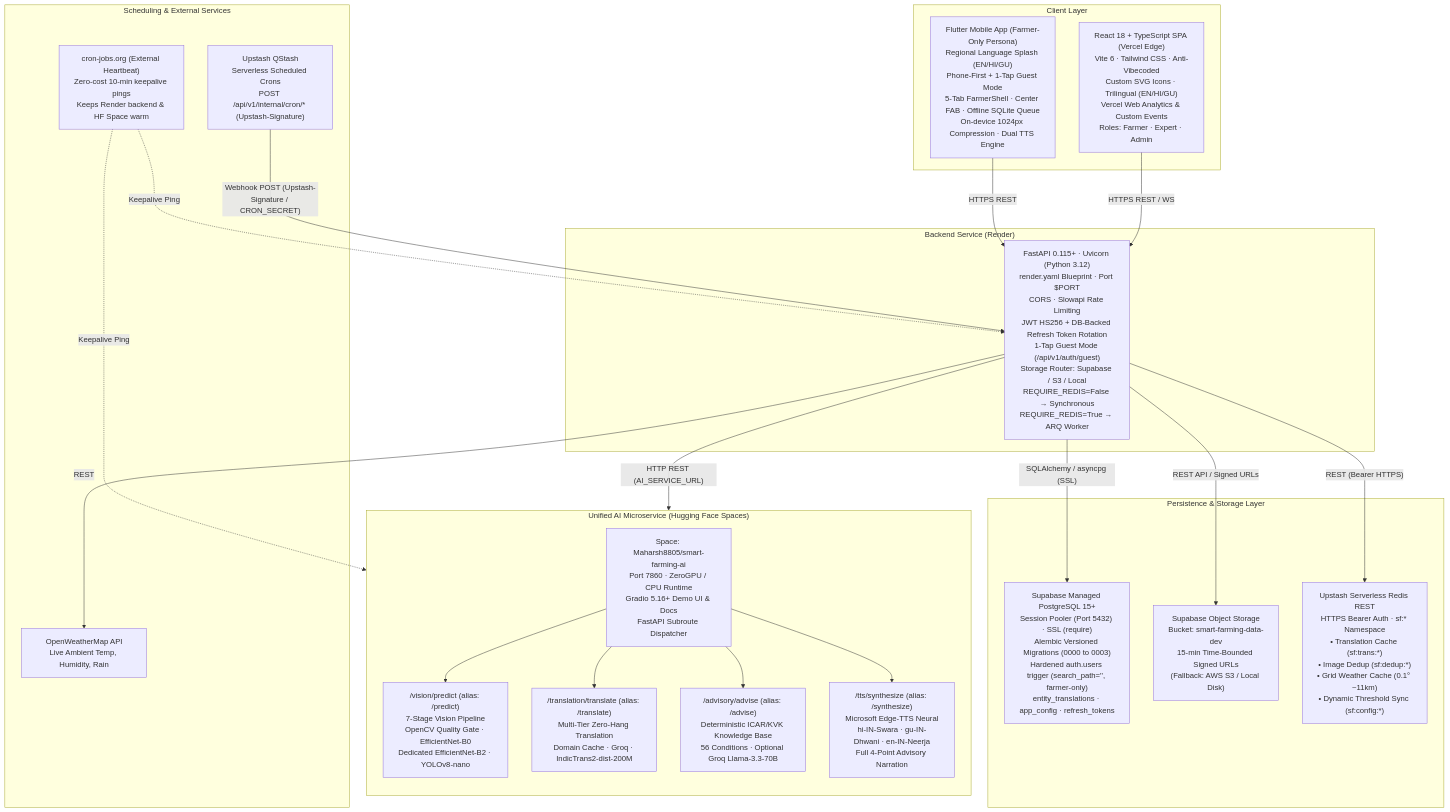
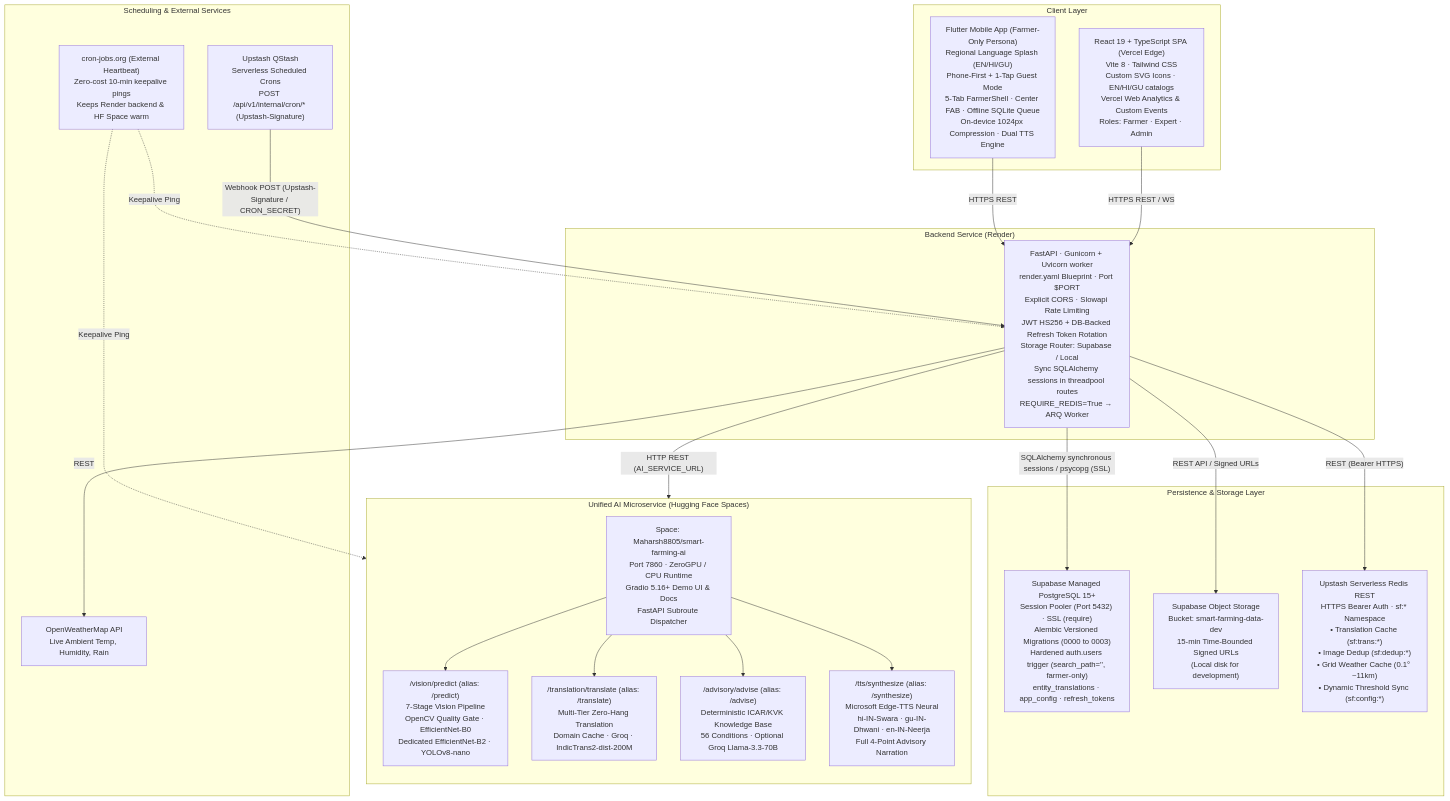
The first of 7 diagrams in Docs/Architecture.md (manthan2876/Smart-Farming), drawn with Mermaid before and after one commit. The commit also changed other lines of this file and 78 other files, not shown here.

````diff
--- a/Docs/Architecture.md
+++ b/Docs/Architecture.md
@@ -54,49 +54,49 @@
 ```mermaid
 flowchart TD
     subgraph CLIENTS["Client Layer"]
-        SPA["React 18 + TypeScript SPA (Vercel Edge)\nVite 6 · Tailwind CSS · Anti-Vibecoded\nCustom SVG Icons · Trilingual (EN/HI/GU)\nVercel Web Analytics & Custom Events\nRoles: Farmer · Expert · Admin"]
+        SPA["React 19 + TypeScript SPA (Vercel Edge)\nVite 8 · Tailwind CSS\nCustom SVG Icons · EN/HI/GU catalogs\nVercel Web Analytics & Custom Events\nRoles: Farmer · Expert · Admin"]
         MOB["Flutter Mobile App (Farmer-Only Persona)\nRegional Language Splash (EN/HI/GU)\nPhone-First + 1-Tap Guest Mode\n5-Tab FarmerShell · Center FAB · Offline SQLite Queue\nOn-device 1024px Compression · Dual TTS Engine"]
     end
 
     subgraph BACKEND_HOST["Backend Service (Render)"]
-        API["FastAPI 0.115+ · Uvicorn (Python 3.12)\nrender.yaml Blueprint · Port $PORT\nCORS · Slowapi Rate Limiting\nJWT HS256 + DB-Backed Refresh Token Rotation\n1-Tap Guest Mode (/api/v1/auth/guest)\nStorage Router: Supabase / S3 / Local\nREQUIRE_REDIS=False → Synchronous\nREQUIRE_REDIS=True → ARQ Worker"]
+        API["FastAPI · Gunicorn + Uvicorn worker\nrender.yaml Blueprint · Port $PORT\nExplicit CORS · Slowapi Rate Limiting\nJWT HS256 + DB-Backed Refresh Token Rotation\nStorage Router: Supabase / Local\nSync SQLAlchemy sessions in threadpool routes\nREQUIRE_REDIS=True → ARQ Worker"]
     end
 
     subgraph AI_MICROSERVICE["Unified AI Microservice (Hugging Face Spaces)"]
         direction TB
         HF_SPACE["Space: Maharsh8805/smart-farming-ai\nPort 7860 · ZeroGPU / CPU Runtime\nGradio 5.16+ Demo UI & Docs\nFastAPI Subroute Dispatcher"]
         
         VISION["/vision/predict (alias: /predict)\n7-Stage Vision Pipeline\nOpenCV Quality Gate · EfficientNet-B0\nDedicated EfficientNet-B2 · YOLOv8-nano"]
         TRANS["/translation/translate (alias: /translate)\nMulti-Tier Zero-Hang Translation\nDomain Cache · Groq · IndicTrans2-dist-200M"]
         ADV["/advisory/advise (alias: /advise)\nDeterministic ICAR/KVK Knowledge Base\n56 Conditions · Optional Groq Llama-3.3-70B"]
         TTS["/tts/synthesize (alias: /synthesize)\nMicrosoft Edge-TTS Neural\nhi-IN-Swara · gu-IN-Dhwani · en-IN-Neerja\nFull 4-Point Advisory Narration"]
 
         HF_SPACE --> VISION
         HF_SPACE --> TRANS
         HF_SPACE --> ADV
         HF_SPACE --> TTS
     end
 
     subgraph PERSISTENCE["Persistence & Storage Layer"]
         DB["Supabase Managed PostgreSQL 15+\nSession Pooler (Port 5432) · SSL (require)\nAlembic Versioned Migrations (0000 to 0003)\nHardened auth.users trigger (search_path='', farmer-only)\nentity_translations · app_config · refresh_tokens"]
-        OBJ["Supabase Object Storage\nBucket: smart-farming-data-dev\n15-min Time-Bounded Signed URLs\n(Fallback: AWS S3 / Local Disk)"]
+        OBJ["Supabase Object Storage\nBucket: smart-farming-data-dev\n15-min Time-Bounded Signed URLs\n(Local disk for development)"]
         UPSTASH["Upstash Serverless Redis REST\nHTTPS Bearer Auth · sf:* Namespace\n• Translation Cache (sf:trans:*)\n• Image Dedup (sf:dedup:*)\n• Grid Weather Cache (0.1° ~11km)\n• Dynamic Threshold Sync (sf:config:*)"]
     end
 
     subgraph SCHEDULING["Scheduling & External Services"]
         CRON["cron-jobs.org (External Heartbeat)\nZero-cost 10-min keepalive pings\nKeeps Render backend & HF Space warm"]
         QSTASH["Upstash QStash\nServerless Scheduled Crons\nPOST /api/v1/internal/cron/* (Upstash-Signature)"]
         OWM["OpenWeatherMap API\nLive Ambient Temp, Humidity, Rain"]
     end
 
     SPA -- "HTTPS REST / WS" --> API
     MOB -- "HTTPS REST" --> API
     API -- "HTTP REST (AI_SERVICE_URL)" --> HF_SPACE
     API -- "REST API / Signed URLs" --> OBJ
-    API -- "SQLAlchemy / asyncpg (SSL)" --> DB
+    API -- "SQLAlchemy synchronous sessions / psycopg (SSL)" --> DB
     API -- "REST (Bearer HTTPS)" --> UPSTASH
     API -- "REST" --> OWM
     QSTASH -- "Webhook POST (Upstash-Signature / CRON_SECRET)" --> API
     CRON -. "Keepalive Ping" .-> API
     CRON -. "Keepalive Ping" .-> HF_SPACE
 ```
````
